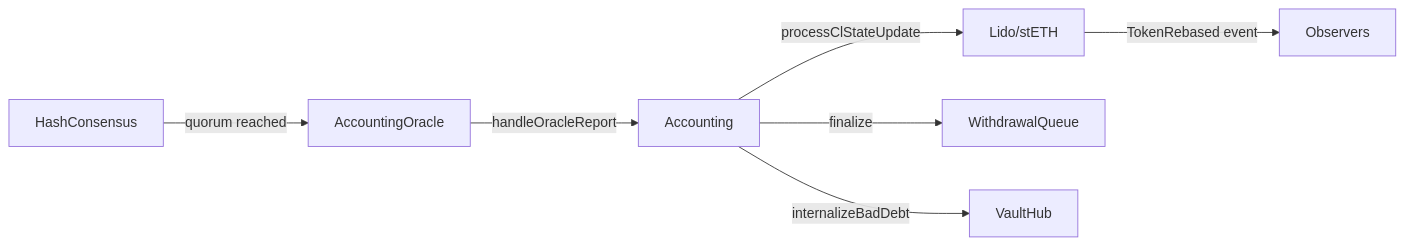
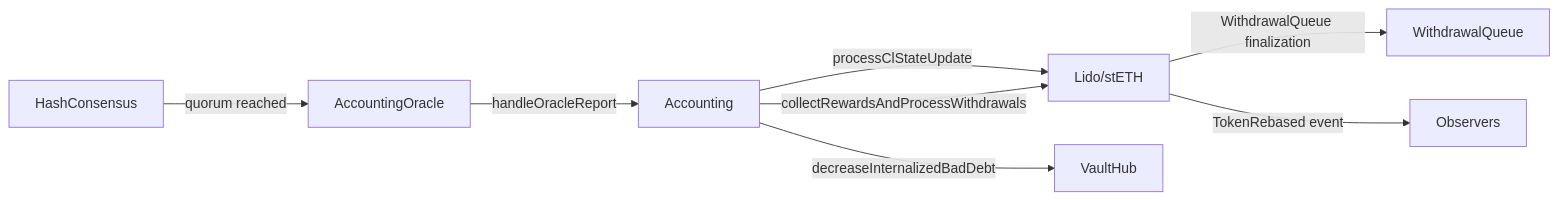
One commit to lidofinance/docs changed the diagram in docs/token-guides/steth-superuser-functions.md. Above: the diagram before and after it, drawn with Mermaid. The commit also changed other lines of this file and 19 other files, not shown here.

````diff
--- a/docs/token-guides/steth-superuser-functions.md
+++ b/docs/token-guides/steth-superuser-functions.md
@@ -123,9 +126,10 @@
 ```mermaid
 graph LR;
   HC[HashConsensus]--quorum reached-->AO[AccountingOracle];
   AO--handleOracleReport-->A[Accounting];
   A--processClStateUpdate-->L[Lido/stETH];
-  A--finalize-->WQ[WithdrawalQueue];
-  A--internalizeBadDebt-->VH[VaultHub];
+  A--collectRewardsAndProcessWithdrawals-->L;
+  A--decreaseInternalizedBadDebt-->VH[VaultHub];
+  L--WithdrawalQueue finalization-->WQ[WithdrawalQueue];
   L--TokenRebased event-->Observers;
 ```
````
